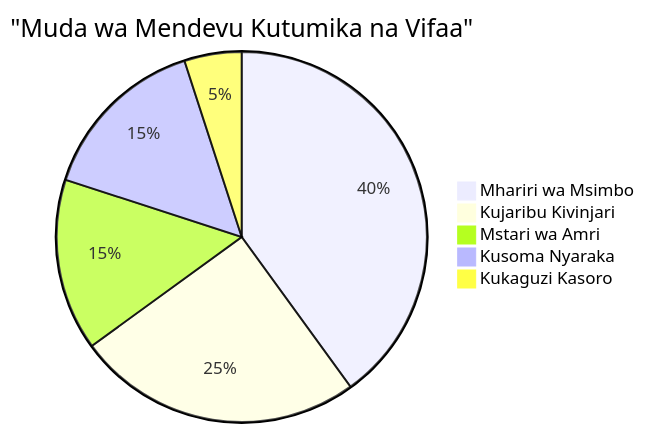
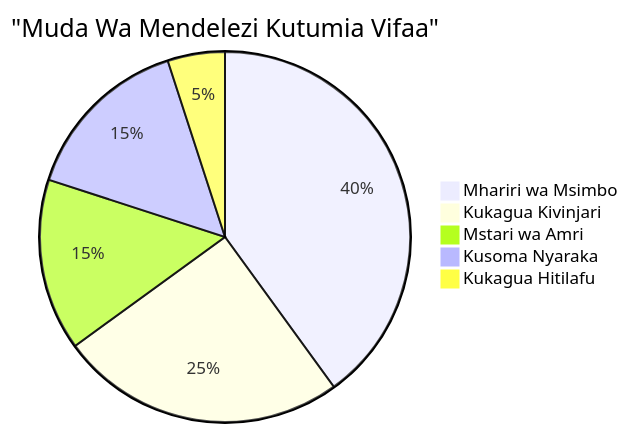
One commit to microsoft/Web-Dev-For-Beginners changed the sixth of 7 diagrams in translations/sw/1-getting-started-lessons/1-intro-to-programming-languages/README.md. Above: the diagram before and after it, drawn with Mermaid. The commit also changed other lines of this file and 11 other files, not shown here.

````diff
--- a/translations/sw/1-getting-started-lessons/1-intro-to-programming-languages/README.md
+++ b/translations/sw/1-getting-started-lessons/1-intro-to-programming-languages/README.md
@@ -711,8 +712,8 @@
 ```mermaid
-pie title "Muda wa Mendevu Kutumika na Vifaa"
+pie title "Muda Wa Mendelezi Kutumia Vifaa"
     "Mhariri wa Msimbo" : 40
-    "Kujaribu Kivinjari" : 25
+    "Kukagua Kivinjari" : 25
     "Mstari wa Amri" : 15
     "Kusoma Nyaraka" : 15
-    "Kukaguzi Kasoro" : 5
+    "Kukagua Hitilafu" : 5
 ```
````
